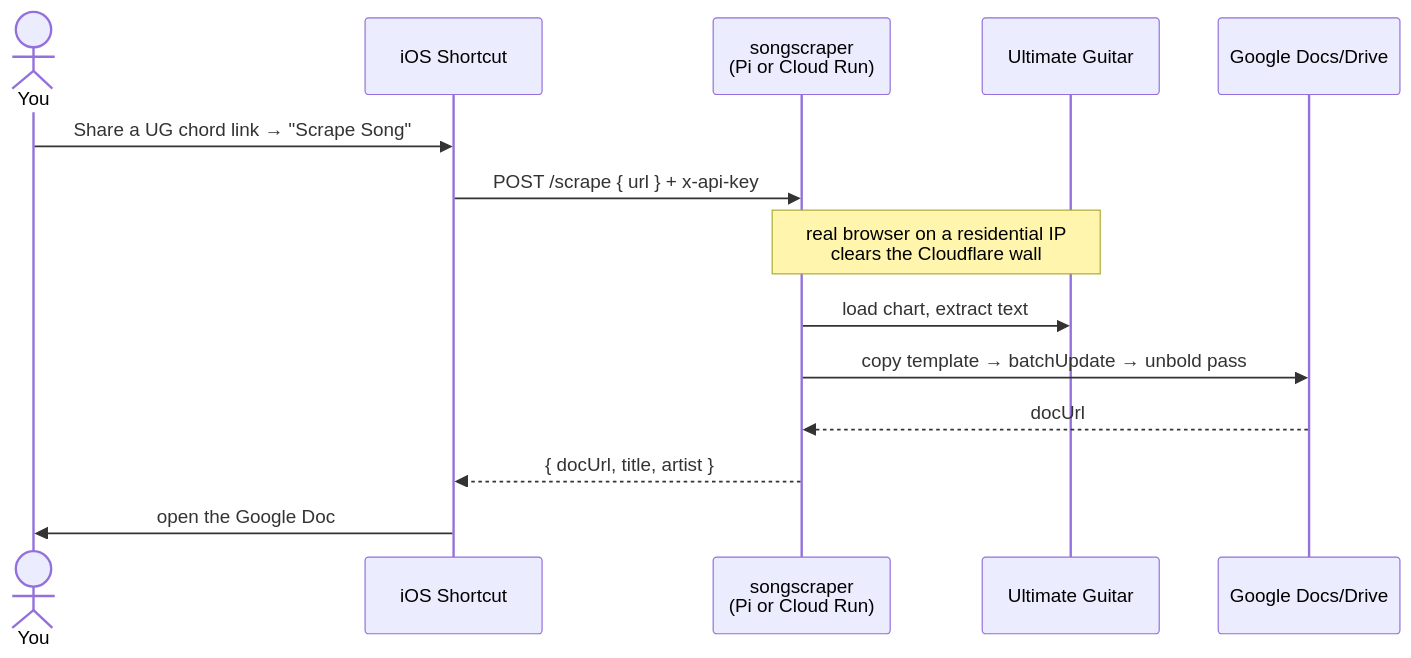
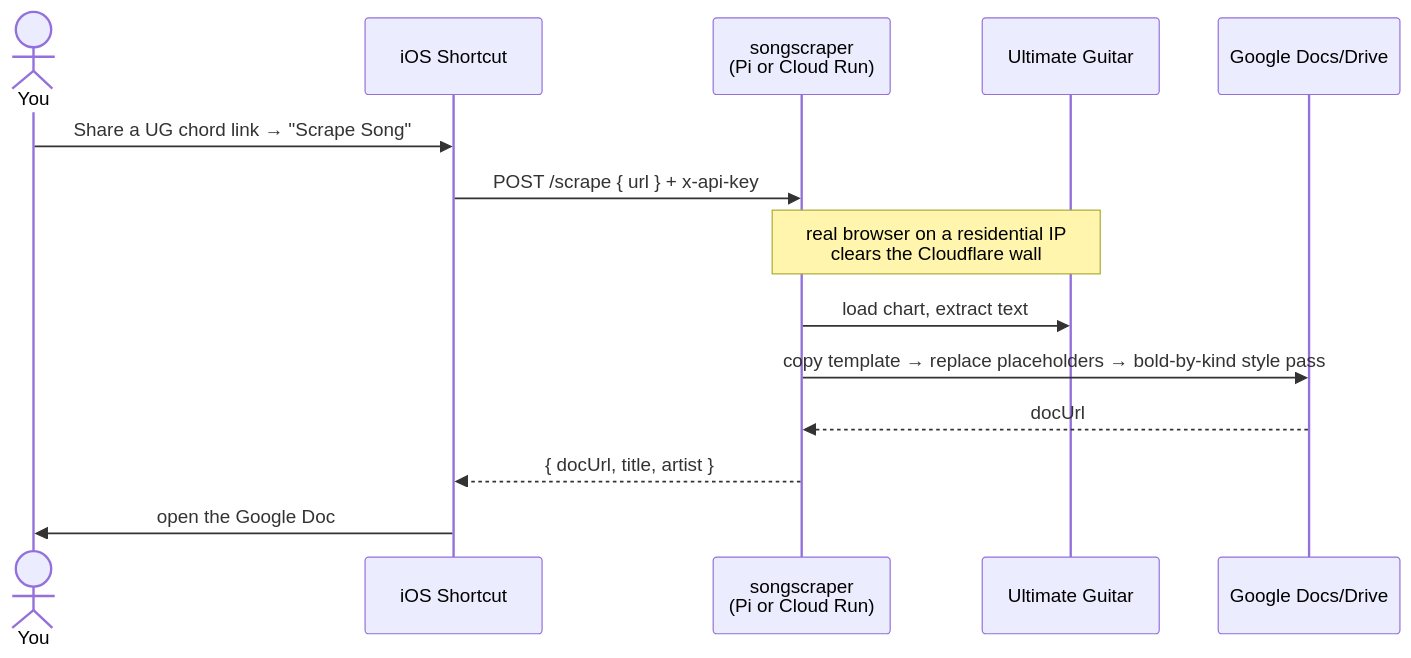
One commit to konjoinfinity/songscraper changed the diagram in docs/MOBILE.md. Above: the diagram before and after it, drawn with Mermaid. The commit also changed 13 other files, not shown here.

````diff
--- a/docs/MOBILE.md
+++ b/docs/MOBILE.md
@@ -11,17 +11,17 @@
 ```mermaid
 sequenceDiagram
     actor You
     participant SS as iOS Shortcut
     participant Svc as songscraper<br/>(Pi or Cloud Run)
     participant UG as Ultimate Guitar
     participant G as Google Docs/Drive
 
     You->>SS: Share a UG chord link → "Scrape Song"
     SS->>Svc: POST /scrape { url } + x-api-key
     Note over Svc,UG: real browser on a residential IP<br/>clears the Cloudflare wall
     Svc->>UG: load chart, extract text
-    Svc->>G: copy template → batchUpdate → unbold pass
+    Svc->>G: copy template → replace placeholders → bold-by-kind style pass
     G-->>Svc: docUrl
     Svc-->>SS: { docUrl, title, artist }
     SS->>You: open the Google Doc
 ```
````
